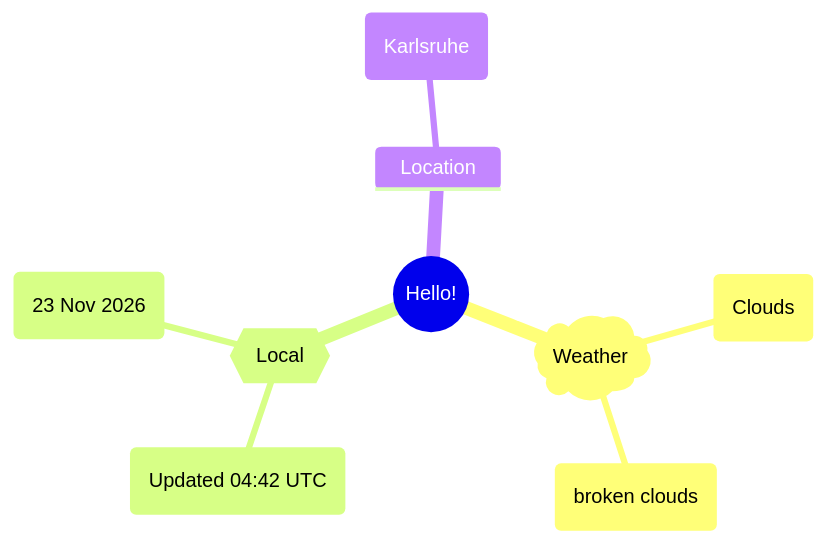
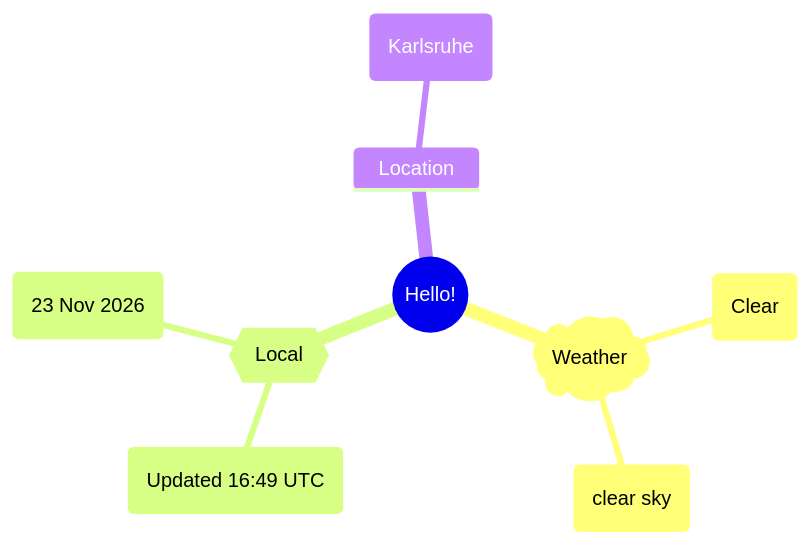
One commit to Xosrov/Xosrov changed the first of 2 diagrams in README.md. Above: the diagram before and after it, drawn with Mermaid.

Commit message:
[bot] updated images

````diff
--- a/README.md
+++ b/README.md
@@ -3,12 +3,12 @@
 ```mermaid
 mindmap
   root((Hello!))
     )Weather(
-        (Clouds)
-        (broken clouds)
+        (Clear)
+        (clear sky)
     {{Local}}
-        (Updated 04:42 UTC)
+        (Updated 16:49 UTC)
         (23 Nov 2026)
     Location
         (Karlsruhe)
 ```
````
